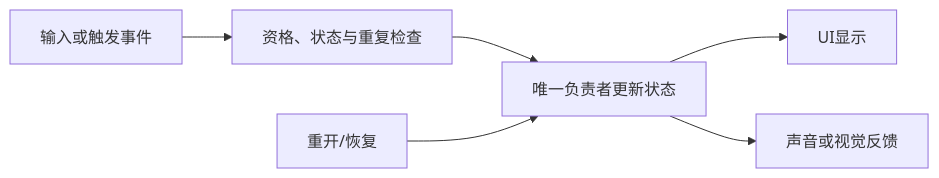
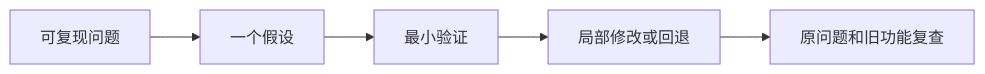
Before and after one commit to Zilur/ai-3d-game-learning: the diagram in curriculum/dialogues/B12.md, drawn with Mermaid. The commit also changed other lines of this file and 314 other files, not shown here.

````diff
--- a/curriculum/dialogues/B12.md
+++ b/curriculum/dialogues/B12.md
@@ -25,8 +27,7 @@
 ```mermaid
 flowchart LR
- E["输入或触发事件"] --> C["资格、状态与重复检查"]
- C --> S["唯一负责者更新状态"]
- S --> U["UI显示"]
- S --> F["声音或视觉反馈"]
- R["重开/恢复"] --> S
+ R["可复现问题"] --> H["一个假设"]
+ H --> E["最小验证"]
+ E --> P["局部修改或回退"]
+ P --> T["原问题和旧功能复查"]
 ```
````
